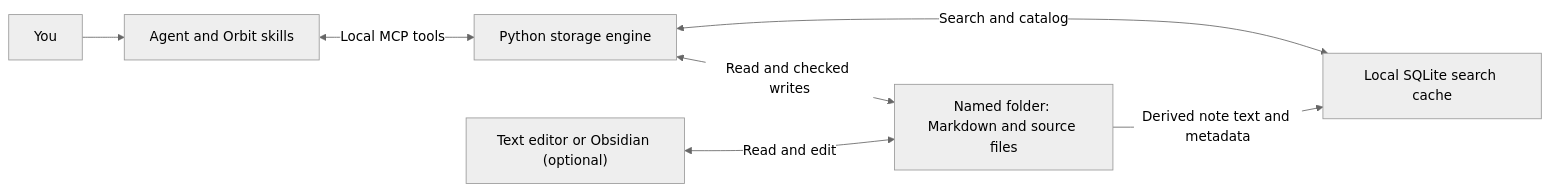
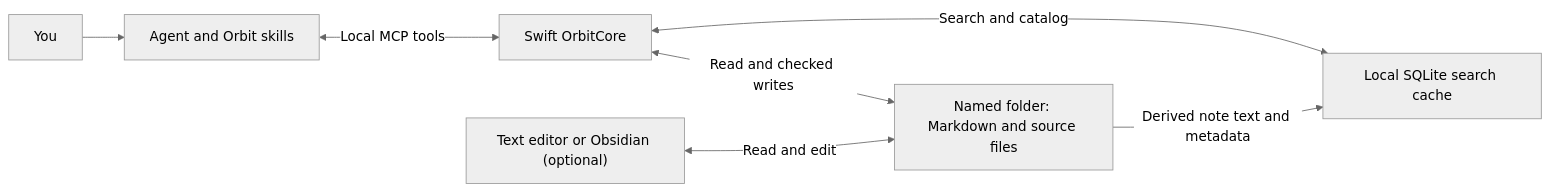
Before and after one commit to aataraxiaa/orbit: the first of 3 diagrams in README.md, drawn with Mermaid (neutral theme). The commit also changed other lines of this file and 108 other files, not shown here.

First line of the commit message:
Ship Orbit 0.7.0-beta.1 with shared native Swift runtime (#2)

````diff
--- a/README.md
+++ b/README.md
@@ -28,9 +23,9 @@
 ```mermaid
 flowchart LR
     You["You"] --> Agent["Agent and Orbit skills"]
-    Agent <-->|"Local MCP tools"| Engine["Python storage engine"]
+    Agent <-->|"Local MCP tools"| Engine["Swift OrbitCore"]
     Engine <-->|"Read and checked writes"| OrbitFolder["Named folder: Markdown and source files"]
     Editor["Text editor or Obsidian (optional)"] <-->|"Read and edit"| OrbitFolder
     OrbitFolder -->|"Derived note text and metadata"| Index["Local SQLite search cache"]
     Engine <-->|"Search and catalog"| Index
 ```
````
